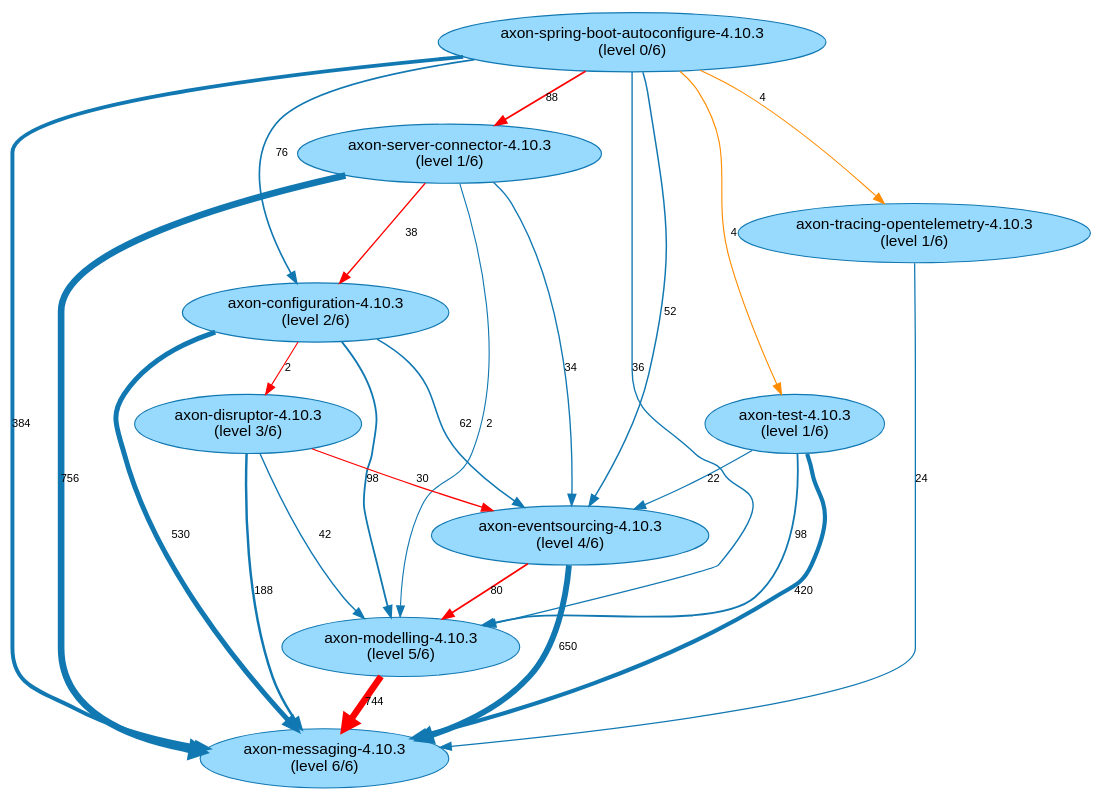
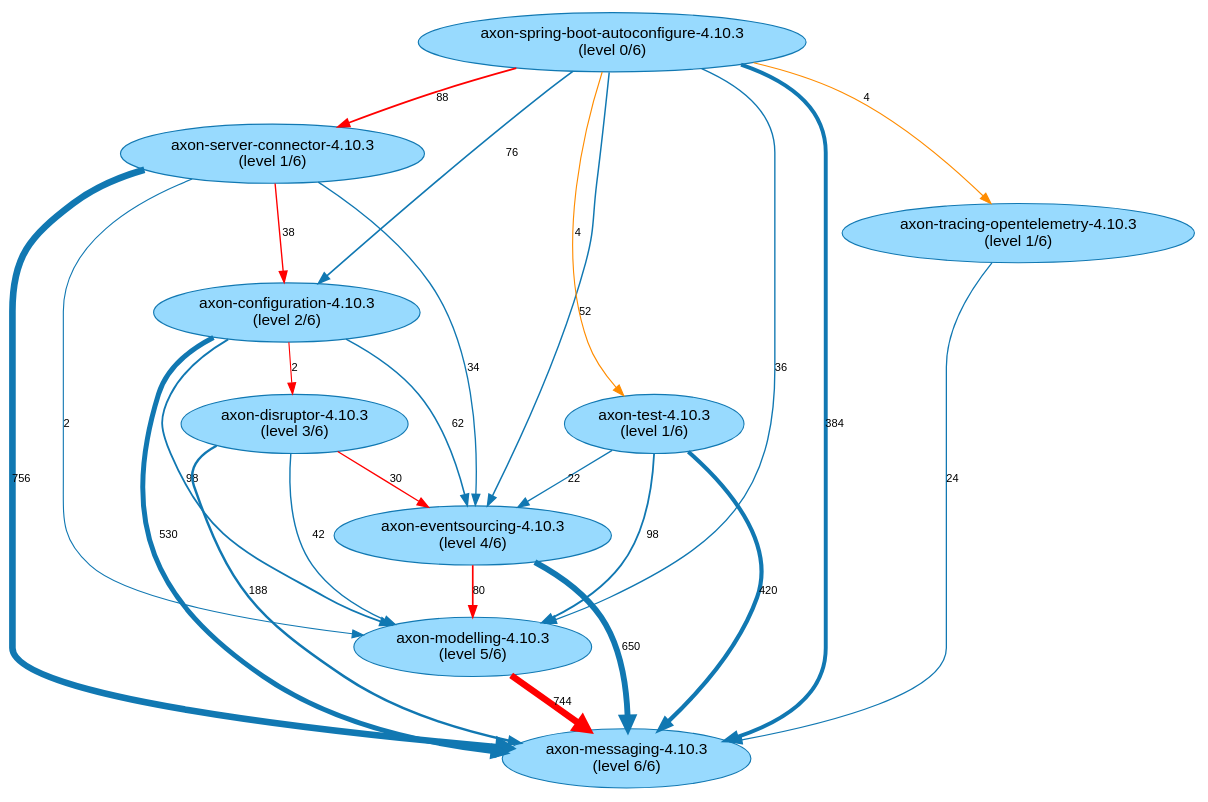
One commit to JohT/code-graph-analysis-pipeline changed the diagram in results/AxonFramework-4.10.3/path-finding-visualization/JavaArtifactLongestPaths.gv. Above: the diagram before and after it, drawn with Graphviz. The commit also changed other lines of this file and 123 other files, not shown here.

```diff
--- a/results/AxonFramework-4.10.3/path-finding-visualization/JavaArtifactLongestPaths.gv
+++ b/results/AxonFramework-4.10.3/path-finding-visualization/JavaArtifactLongestPaths.gv
@@ -1,37 +1,37 @@
 // This GraphViz dot file was generated by the script convertQueryResultCsvToGraphVizDotFile.sh with default.template
 
 strict digraph JavaArtifactLongestPaths {
     fontname = "Helvetica,Arial,sans-serif";
     node [fontname = "Helvetica,Arial,sans-serif";];
     edge [fontname = "Helvetica,Arial,sans-serif"; fontsize = 10;];
     node [style = filled; fillcolor = "0.560 0.400 0.999";];
     node [color = "0.560 0.900 0.700";];
     edge [color = "0.560 0.900 0.700";];
 	"axon-server-connector-4.10.3\n(level 1/6)" -> "axon-messaging-4.10.3\n(level 6/6)" [label=756; penwidth=6.0; ];
+	"axon-server-connector-4.10.3\n(level 1/6)" -> "axon-eventsourcing-4.10.3\n(level 4/6)" [label=34; penwidth=1.21; ];
 	"axon-server-connector-4.10.3\n(level 1/6)" -> "axon-configuration-4.10.3\n(level 2/6)" [label=38; penwidth=1.24; color="red"; ];
-	"axon-server-connector-4.10.3\n(level 1/6)" -> "axon-eventsourcing-4.10.3\n(level 4/6)" [label=34; penwidth=1.21; ];
 	"axon-server-connector-4.10.3\n(level 1/6)" -> "axon-modelling-4.10.3\n(level 5/6)" [label=2; penwidth=1.0; ];
 	"axon-configuration-4.10.3\n(level 2/6)" -> "axon-messaging-4.10.3\n(level 6/6)" [label=530; penwidth=4.5; ];
 	"axon-configuration-4.10.3\n(level 2/6)" -> "axon-modelling-4.10.3\n(level 5/6)" [label=98; penwidth=1.64; ];
 	"axon-configuration-4.10.3\n(level 2/6)" -> "axon-eventsourcing-4.10.3\n(level 4/6)" [label=62; penwidth=1.4; ];
 	"axon-configuration-4.10.3\n(level 2/6)" -> "axon-disruptor-4.10.3\n(level 3/6)" [label=2; penwidth=1.0; color="red"; ];
 	"axon-disruptor-4.10.3\n(level 3/6)" -> "axon-messaging-4.10.3\n(level 6/6)" [label=188; penwidth=2.23; ];
 	"axon-disruptor-4.10.3\n(level 3/6)" -> "axon-modelling-4.10.3\n(level 5/6)" [label=42; penwidth=1.27; ];
 	"axon-disruptor-4.10.3\n(level 3/6)" -> "axon-eventsourcing-4.10.3\n(level 4/6)" [label=30; penwidth=1.19; color="red"; ];
 	"axon-eventsourcing-4.10.3\n(level 4/6)" -> "axon-messaging-4.10.3\n(level 6/6)" [label=650; penwidth=5.3; ];
 	"axon-eventsourcing-4.10.3\n(level 4/6)" -> "axon-modelling-4.10.3\n(level 5/6)" [label=80; penwidth=1.52; color="red"; ];
 	"axon-modelling-4.10.3\n(level 5/6)" -> "axon-messaging-4.10.3\n(level 6/6)" [label=744; penwidth=5.92; color="red"; ];
+	"axon-spring-boot-autoconfigure-4.10.3\n(level 0/6)" -> "axon-server-connector-4.10.3\n(level 1/6)" [label=88; penwidth=1.57; color="red"; ];
 	"axon-spring-boot-autoconfigure-4.10.3\n(level 0/6)" -> "axon-messaging-4.10.3\n(level 6/6)" [label=384; penwidth=3.53; ];
-	"axon-spring-boot-autoconfigure-4.10.3\n(level 0/6)" -> "axon-server-connector-4.10.3\n(level 1/6)" [label=88; penwidth=1.57; color="red"; ];
 	"axon-spring-boot-autoconfigure-4.10.3\n(level 0/6)" -> "axon-configuration-4.10.3\n(level 2/6)" [label=76; penwidth=1.49; ];
+	"axon-spring-boot-autoconfigure-4.10.3\n(level 0/6)" -> "axon-modelling-4.10.3\n(level 5/6)" [label=36; penwidth=1.23; ];
 	"axon-spring-boot-autoconfigure-4.10.3\n(level 0/6)" -> "axon-eventsourcing-4.10.3\n(level 4/6)" [label=52; penwidth=1.33; ];
-	"axon-spring-boot-autoconfigure-4.10.3\n(level 0/6)" -> "axon-modelling-4.10.3\n(level 5/6)" [label=36; penwidth=1.23; ];
 	"axon-spring-boot-autoconfigure-4.10.3\n(level 0/6)" -> "axon-test-4.10.3\n(level 1/6)" [label=4; penwidth=1.01; ];
 	"axon-spring-boot-autoconfigure-4.10.3\n(level 0/6)" -> "axon-tracing-opentelemetry-4.10.3\n(level 1/6)" [label=4; penwidth=1.01; ];
 	"axon-test-4.10.3\n(level 1/6)" -> "axon-messaging-4.10.3\n(level 6/6)" [label=420; penwidth=3.77; ];
+	"axon-test-4.10.3\n(level 1/6)" -> "axon-modelling-4.10.3\n(level 5/6)" [label=98; penwidth=1.64; ];
 	"axon-test-4.10.3\n(level 1/6)" -> "axon-eventsourcing-4.10.3\n(level 4/6)" [label=22; penwidth=1.13; ];
-	"axon-test-4.10.3\n(level 1/6)" -> "axon-modelling-4.10.3\n(level 5/6)" [label=98; penwidth=1.64; ];
 	"axon-tracing-opentelemetry-4.10.3\n(level 1/6)" -> "axon-messaging-4.10.3\n(level 6/6)" [label=24; penwidth=1.15; ];
 	"axon-spring-boot-autoconfigure-4.10.3\n(level 0/6)" -> "axon-test-4.10.3\n(level 1/6)" [label=4; penwidth=1.01; color="darkorange"; ];
 	"axon-spring-boot-autoconfigure-4.10.3\n(level 0/6)" -> "axon-tracing-opentelemetry-4.10.3\n(level 1/6)" [label=4; penwidth=1.01; color="darkorange"; ];
 }
```
